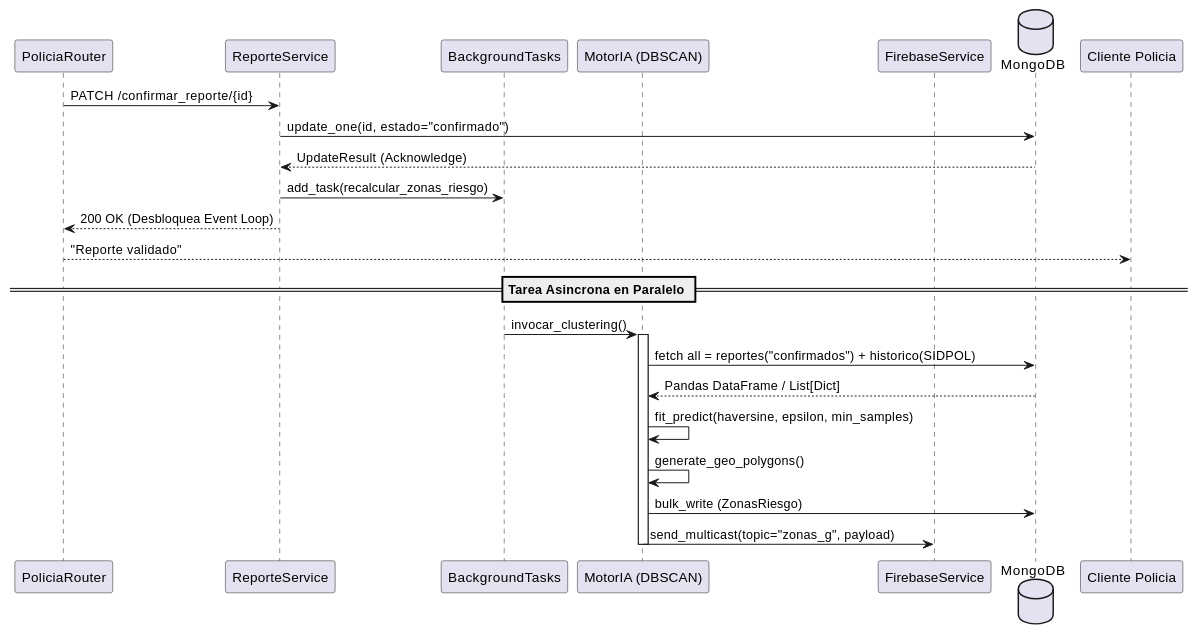
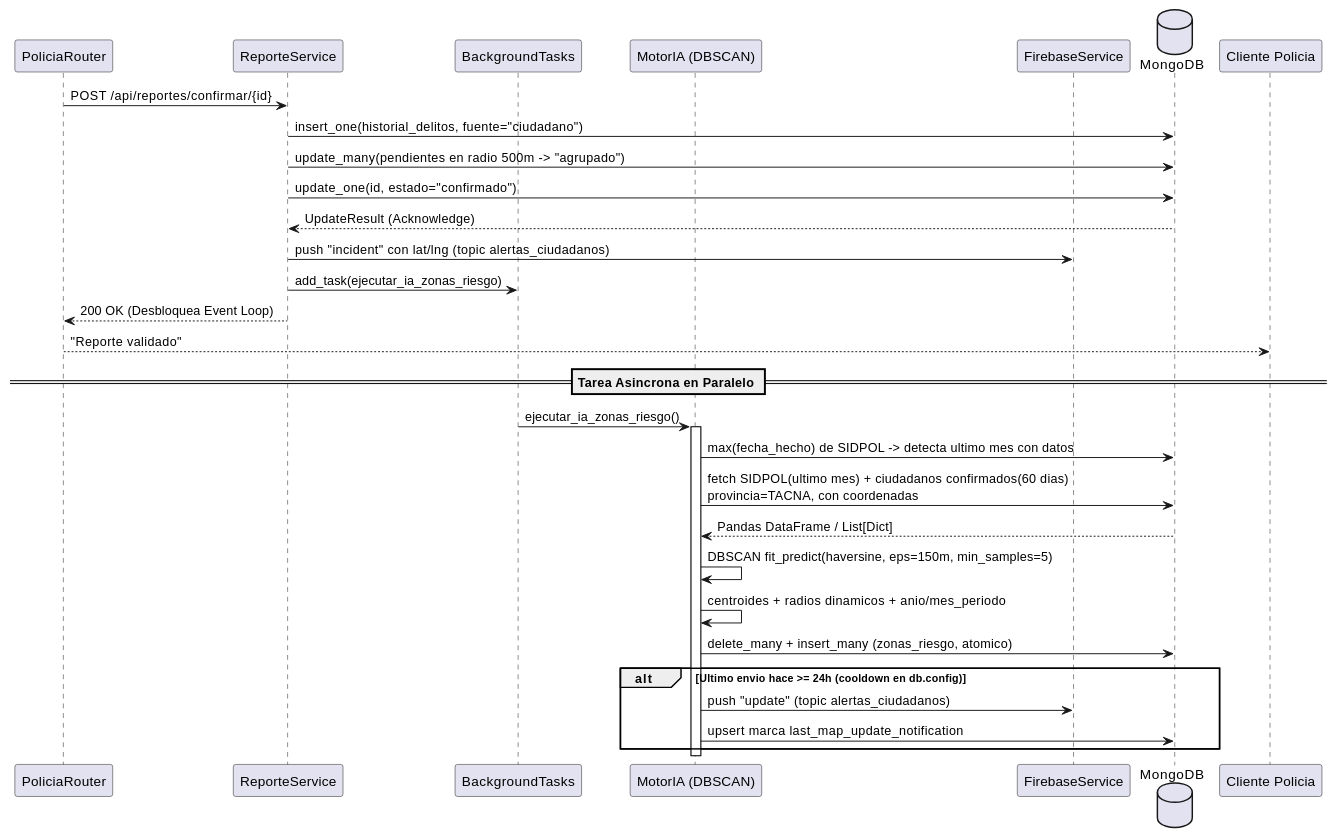
Before and after one commit to pieroalexanderppc/sgeo_pp: the fifth of 10 diagrams in docs/FD04-EPIS-Informe SAD de Proyecto.md, drawn with PlantUML. The commit also changed other lines of this file and 27 other files, not shown here.

````diff
--- a/docs/FD04-EPIS-Informe SAD de Proyecto.md
+++ b/docs/FD04-EPIS-Informe SAD de Proyecto.md
@@ -277,29 +298,36 @@
 ```plantuml
 @startuml
 skinparam shadowing false
 participant "PoliciaRouter" as Router
 participant "ReporteService" as Service
 participant "BackgroundTasks" as BG
 participant "MotorIA (DBSCAN)" as Motor
 participant "FirebaseService" as FCM
 database "MongoDB" as DB
 
-Router -> Service: PATCH /confirmar_reporte/{id}
+Router -> Service: POST /api/reportes/confirmar/{id}
+Service -> DB: insert_one(historial_delitos, fuente="ciudadano")
+Service -> DB: update_many(pendientes en radio 500m -> "agrupado")
 Service -> DB: update_one(id, estado="confirmado")
 DB --> Service: UpdateResult (Acknowledge)
-Service -> BG: add_task(recalcular_zonas_riesgo)
+Service -> FCM: push "incident" con lat/lng (topic alertas_ciudadanos)
+Service -> BG: add_task(ejecutar_ia_zonas_riesgo)
 Service --> Router: 200 OK (Desbloquea Event Loop)
 Router --> "Cliente Policia": "Reporte validado"
 
 == Tarea Asincrona en Paralelo ==
-BG -> Motor: invocar_clustering()
+BG -> Motor: ejecutar_ia_zonas_riesgo()
 activate Motor
-Motor -> DB: fetch all = reportes("confirmados") + historico(SIDPOL)
+Motor -> DB: max(fecha_hecho) de SIDPOL -> detecta ultimo mes con datos
+Motor -> DB: fetch SIDPOL(ultimo mes) + ciudadanos confirmados(60 dias)\nprovincia=TACNA, con coordenadas
 DB --> Motor: Pandas DataFrame / List[Dict]
-Motor -> Motor: fit_predict(haversine, epsilon, min_samples)
-Motor -> Motor: generate_geo_polygons()
-Motor -> DB: bulk_write (ZonasRiesgo)
-Motor -> FCM: send_multicast(topic="zonas_g", payload)
+Motor -> Motor: DBSCAN fit_predict(haversine, eps=150m, min_samples=5)
+Motor -> Motor: centroides + radios dinamicos + anio/mes_periodo
+Motor -> DB: delete_many + insert_many (zonas_riesgo, atomico)
+alt Ultimo envio hace >= 24h (cooldown en db.config)
+  Motor -> FCM: push "update" (topic alertas_ciudadanos)
+  Motor -> DB: upsert marca last_map_update_notification
+end
 deactivate Motor
 @enduml
 ```
````
